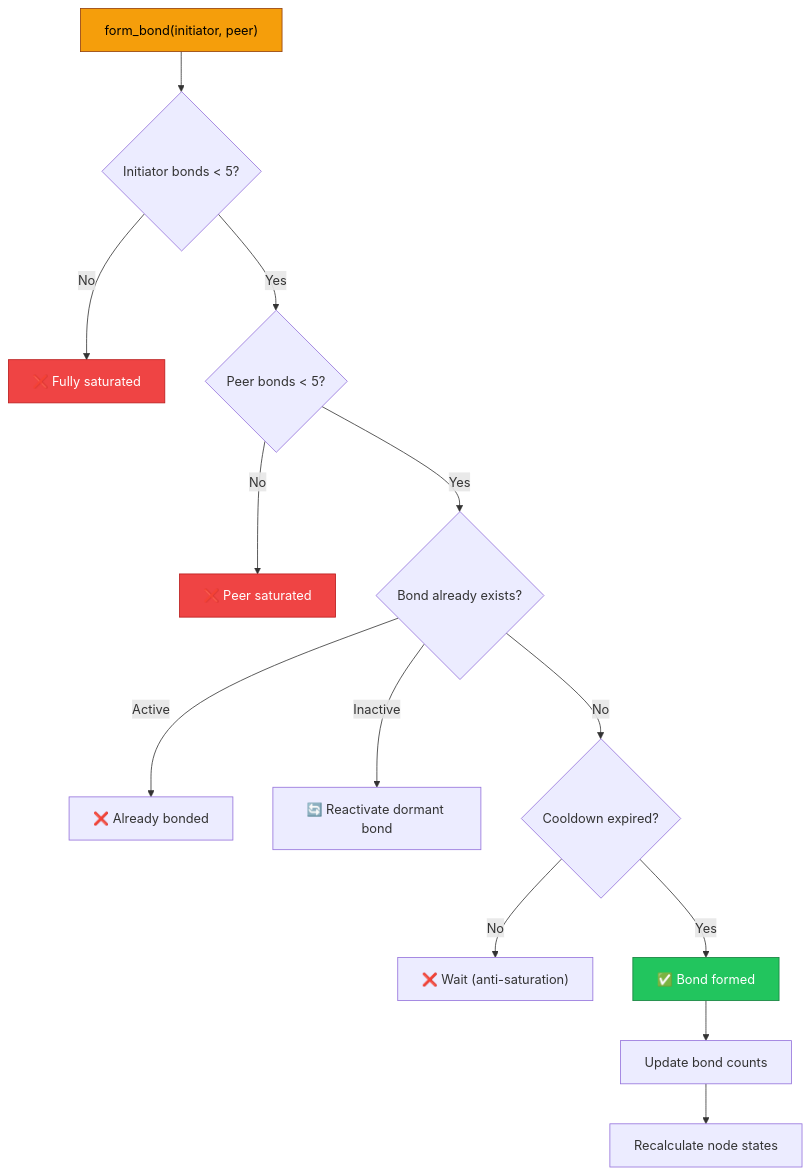
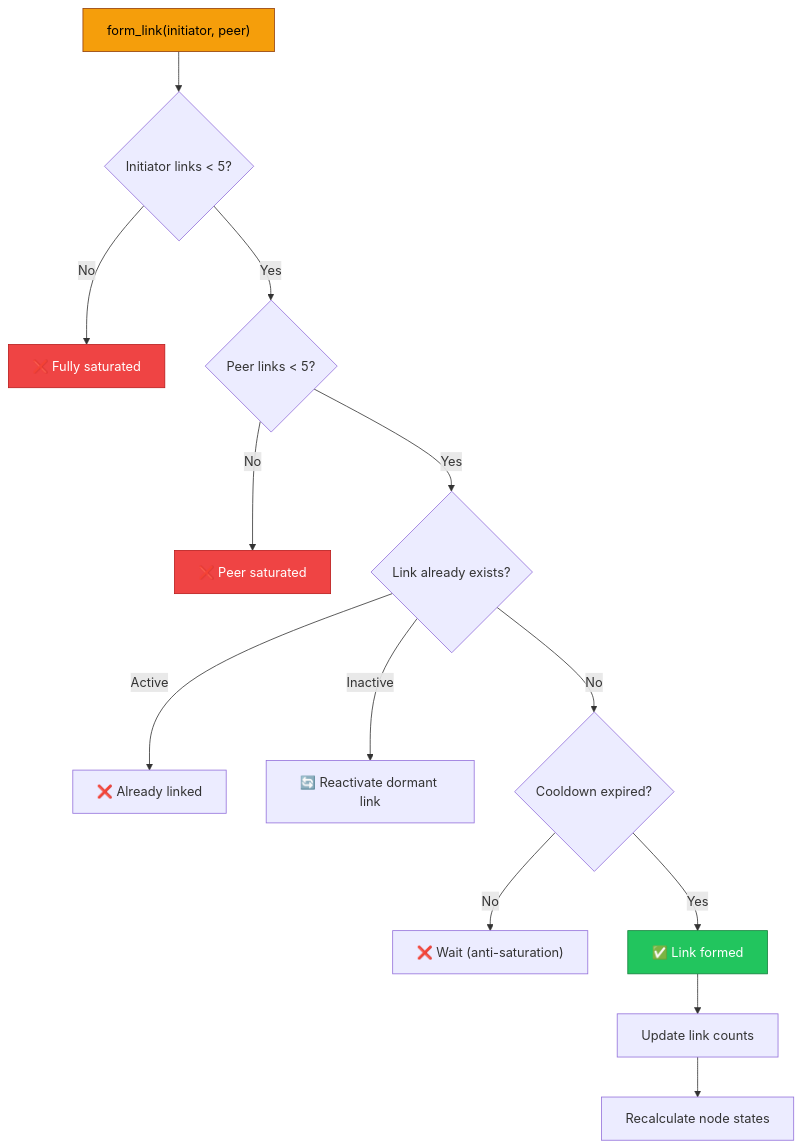
One commit to FTHTrading/Helios changed the first of 13 diagrams in README.md. Above: the diagram before and after it, drawn with Mermaid. The commit also changed other lines of this file and 26 other files, not shown here.

````diff
--- a/README.md
+++ b/README.md
@@ -188,20 +188,20 @@
 ```mermaid
 flowchart TD
-    A["form_bond(initiator, peer)"] --> B{Initiator bonds < 5?}
+    A["form_link(initiator, peer)"] --> B{Initiator links < 5?}
     B -->|No| C["❌ Fully saturated"]
-    B -->|Yes| D{Peer bonds < 5?}
+    B -->|Yes| D{Peer links < 5?}
     D -->|No| E["❌ Peer saturated"]
-    D -->|Yes| F{Bond already exists?}
-    F -->|Active| G["❌ Already bonded"]
-    F -->|Inactive| H["🔄 Reactivate dormant bond"]
+    D -->|Yes| F{Link already exists?}
+    F -->|Active| G["❌ Already linked"]
+    F -->|Inactive| H["🔄 Reactivate dormant link"]
     F -->|No| I{Cooldown expired?}
     I -->|No| J["❌ Wait (anti-saturation)"]
-    I -->|Yes| K["✅ Bond formed"]
-    K --> L["Update bond counts"]
+    I -->|Yes| K["✅ Link formed"]
+    K --> L["Update link counts"]
     L --> M["Recalculate node states"]
 
     style A fill:#f59e0b,stroke:#92400e,color:#000
     style K fill:#22c55e,stroke:#15803d,color:#fff
     style C fill:#ef4444,stroke:#b91c1c,color:#fff
     style E fill:#ef4444,stroke:#b91c1c,color:#fff
 ```
````
